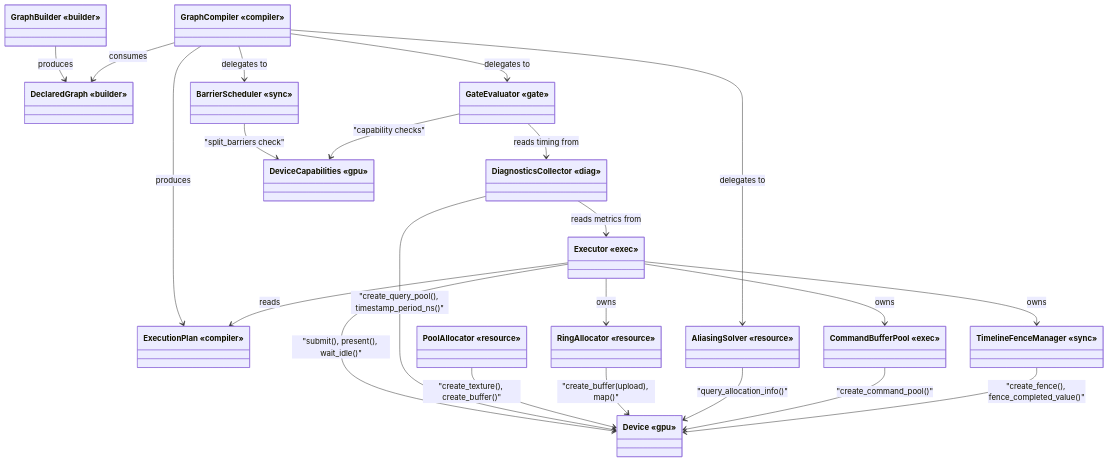
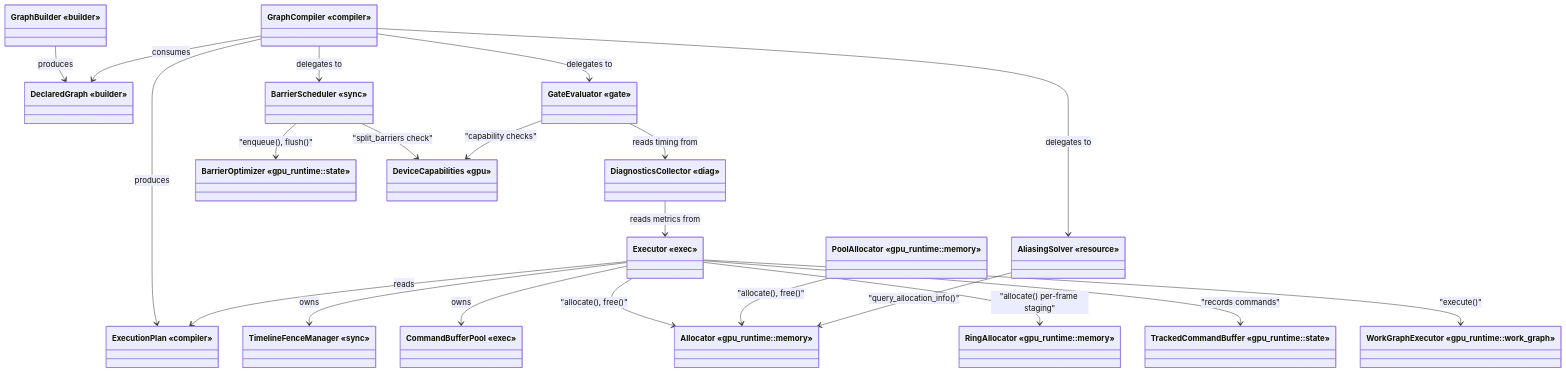
Before and after one commit to harmonius-dev/harmonius: the tenth of 15 diagrams in docs/design/render-graph-classes.md, drawn with Mermaid. The commit also changed other lines of this file and 28 other files, not shown here.

First line of the commit message:
Add GPU runtime layer and remove VMA/D3D12MA dependencies

````diff
--- a/docs/design/render-graph-classes.md
+++ b/docs/design/render-graph-classes.md
@@ -907,40 +857,42 @@
 ```mermaid
 classDiagram
     class GraphBuilder["GraphBuilder «builder»"]
     class DeclaredGraph["DeclaredGraph «builder»"]
     class GraphCompiler["GraphCompiler «compiler»"]
     class ExecutionPlan["ExecutionPlan «compiler»"]
     class GateEvaluator["GateEvaluator «gate»"]
     class BarrierScheduler["BarrierScheduler «sync»"]
     class AliasingSolver["AliasingSolver «resource»"]
     class Executor["Executor «exec»"]
     class TimelineFenceManager["TimelineFenceManager «sync»"]
     class CommandBufferPool["CommandBufferPool «exec»"]
-    class RingAllocator["RingAllocator «resource»"]
-    class PoolAllocator["PoolAllocator «resource»"]
     class DiagnosticsCollector["DiagnosticsCollector «diag»"]
-    class Device["Device «gpu»"]
+    class Allocator["Allocator «gpu_runtime::memory»"]
+    class RingAllocator["RingAllocator «gpu_runtime::memory»"]
+    class PoolAllocator["PoolAllocator «gpu_runtime::memory»"]
+    class TrackedCommandBuffer["TrackedCommandBuffer «gpu_runtime::state»"]
+    class BarrierOptimizer["BarrierOptimizer «gpu_runtime::state»"]
+    class WorkGraphExecutor["WorkGraphExecutor «gpu_runtime::work_graph»"]
     class DeviceCapabilities["DeviceCapabilities «gpu»"]
 
     GraphBuilder --> DeclaredGraph : produces
     GraphCompiler --> DeclaredGraph : consumes
     GraphCompiler --> GateEvaluator : delegates to
     GraphCompiler --> BarrierScheduler : delegates to
     GraphCompiler --> AliasingSolver : delegates to
     GraphCompiler --> ExecutionPlan : produces
     Executor --> ExecutionPlan : reads
     Executor --> TimelineFenceManager : owns
     Executor --> CommandBufferPool : owns
-    Executor --> RingAllocator : owns
-    Executor --> Device : "submit(), present(), wait_idle()"
+    Executor --> Allocator : "allocate(), free()"
+    Executor --> RingAllocator : "allocate() per-frame staging"
+    Executor --> TrackedCommandBuffer : "records commands"
+    Executor --> WorkGraphExecutor : "execute()"
     DiagnosticsCollector --> Executor : reads metrics from
-    DiagnosticsCollector --> Device : "create_query_pool(), timestamp_period_ns()"
-    PoolAllocator --> Device : "create_texture(), create_buffer()"
-    RingAllocator --> Device : "create_buffer(upload), map()"
-    AliasingSolver --> Device : "query_allocation_info()"
+    PoolAllocator --> Allocator : "allocate(), free()"
+    AliasingSolver --> Allocator : "query_allocation_info()"
+    BarrierScheduler --> BarrierOptimizer : "enqueue(), flush()"
     BarrierScheduler --> DeviceCapabilities : "split_barriers check"
     GateEvaluator --> DiagnosticsCollector : reads timing from
     GateEvaluator --> DeviceCapabilities : "capability checks"
-    CommandBufferPool --> Device : "create_command_pool()"
-    TimelineFenceManager --> Device : "create_fence(), fence_completed_value()"
 ```
````
